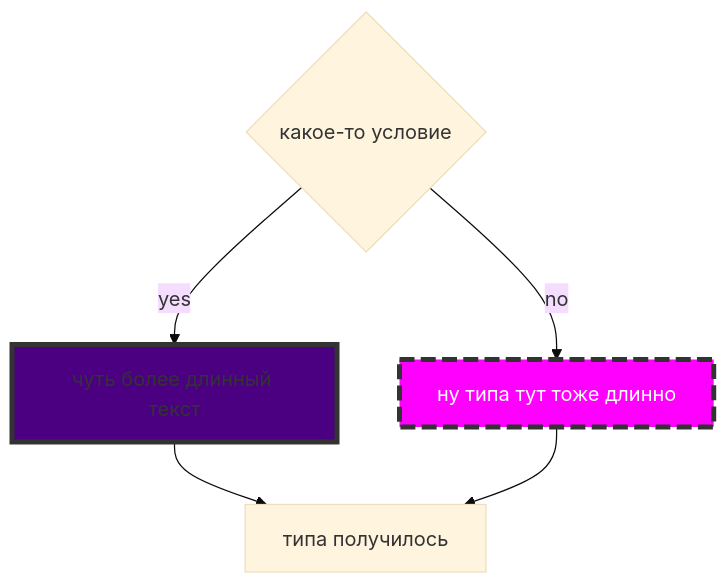
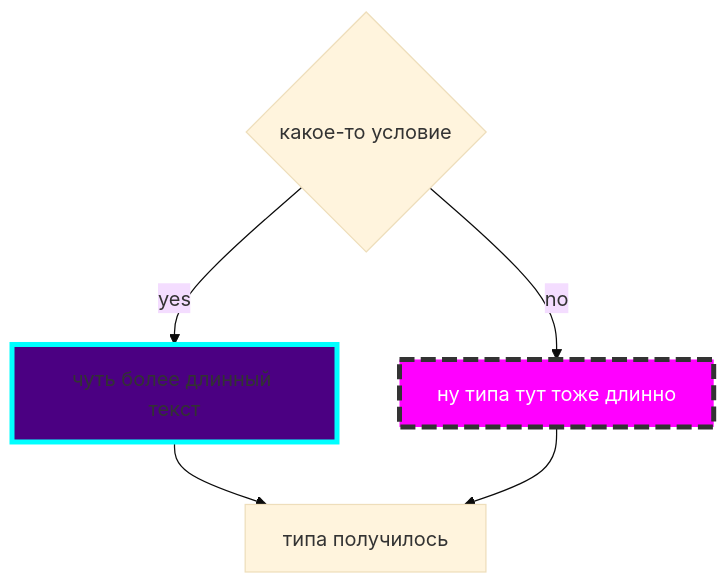
One commit to SofiiaBobr5565/Mermaid_syntax_hints_for_md changed the sixth of 7 diagrams in README.md. Above: the diagram before and after it, drawn with Mermaid (base theme).

````diff
--- a/README.md
+++ b/README.md
@@ -63,8 +63,8 @@
 ```mermaid
 flowchart TB
-style i1 fill:#4B0082,stroke:#333,stroke-width:4px
+style i1 fill:#4B0082,stroke:#00FFFF,stroke-width:4px
 style i2 fill:#FF00FF,stroke:#333,stroke-width:4px,color:#FFFFFF,stroke-dasharray: 12 5
 b{какое-то условие}
 b--> |yes|i1["чуть более длинный текст"]--> i3["типа получилось"]
 b--> |no|i2["ну типа тут тоже длинно"]--> i3
 ```
````
